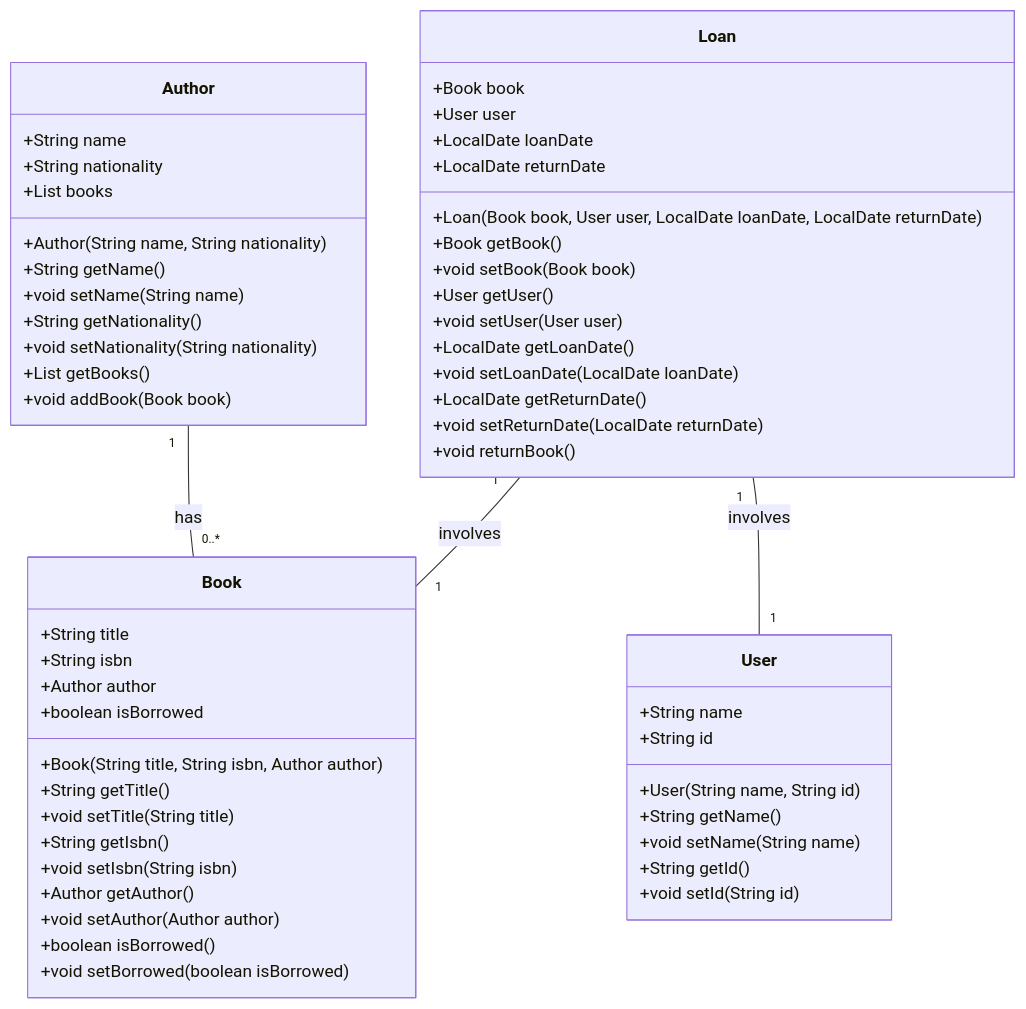
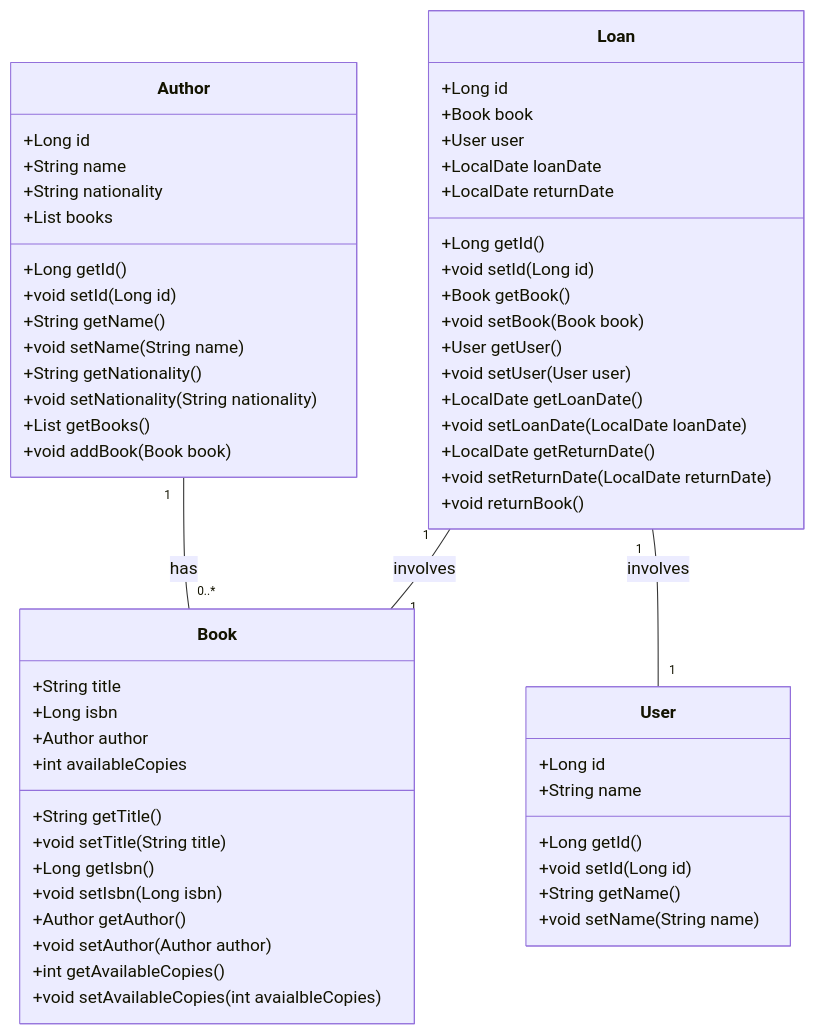
Before and after one commit to filipemirandam95/LibraryManagerAPI: the diagram in README.md, drawn with Mermaid.

Commit message:
Update README.md
Correction of the ID fields,ID methods and removal of the constructor methods since it will be managed by Spring Boot Web

````diff
--- a/README.md
+++ b/README.md
@@ -6,62 +6,64 @@
 ```mermaid
 classDiagram
     class Book {
         +String title
-        +String isbn
+        +Long isbn
         +Author author
-        +boolean isBorrowed
-        +Book(String title, String isbn, Author author)
+        +int availableCopies
         +String getTitle()
         +void setTitle(String title)
-        +String getIsbn()
-        +void setIsbn(String isbn)
+        +Long getIsbn()
+        +void setIsbn(Long isbn)
         +Author getAuthor()
         +void setAuthor(Author author)
-        +boolean isBorrowed()
-        +void setBorrowed(boolean isBorrowed)
+        +int getAvailableCopies()
+        +void setAvailableCopies(int avaialbleCopies)
     }
 
     class Author {
+        +Long id    
         +String name
         +String nationality
         +List<Book> books
-        +Author(String name, String nationality)
+        +Long getId()
+        +void setId(Long id)
         +String getName()
         +void setName(String name)
         +String getNationality()
         +void setNationality(String nationality)
         +List<Book> getBooks()
         +void addBook(Book book)
     }
 
     class User {
+        +Long id
         +String name
-        +String id
-        +User(String name, String id)
+        +Long getId()
+        +void setId(Long id)
         +String getName()
         +void setName(String name)
-        +String getId()
-        +void setId(String id)
     }
 
     class Loan {
+        +Long id
         +Book book
         +User user
         +LocalDate loanDate
         +LocalDate returnDate
-        +Loan(Book book, User user, LocalDate loanDate, LocalDate returnDate)
+        +Long getId()
+        +void setId(Long id)
         +Book getBook()
         +void setBook(Book book)
         +User getUser()
         +void setUser(User user)
         +LocalDate getLoanDate()
         +void setLoanDate(LocalDate loanDate)
         +LocalDate getReturnDate()
         +void setReturnDate(LocalDate returnDate)
         +void returnBook()
     }
 
     Author "1" -- "0..*" Book : has
     Loan "1" -- "1" Book : involves
     Loan "1" -- "1" User : involves
 ```
````
